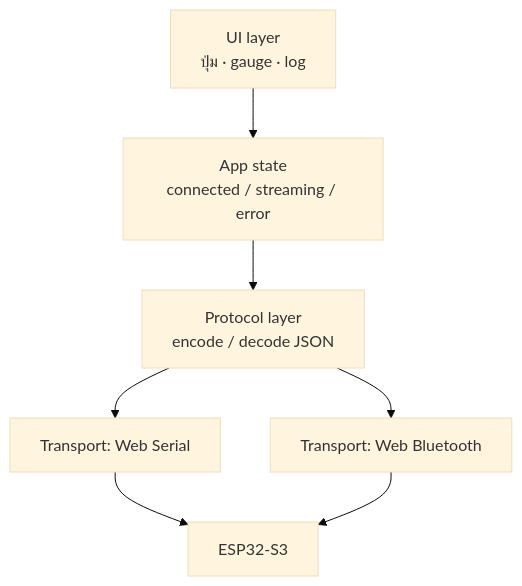
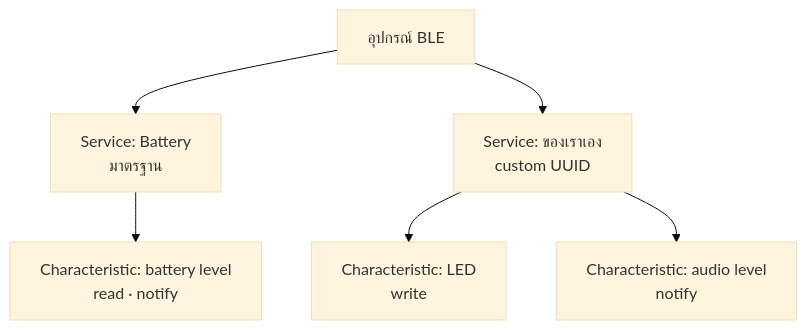
One commit to Taopoon/kmutt-nd69-learning-notes changed the third of 5 diagrams in nd2/02-dev-tools-ai-agents.md. Above: the diagram before and after it, drawn with Mermaid (base theme). The commit also changed other lines of this file, not shown here.

````diff
--- a/nd2/02-dev-tools-ai-agents.md
+++ b/nd2/02-dev-tools-ai-agents.md
@@ -39,8 +135,8 @@
 ```mermaid
 flowchart TB
-    UI[UI layer<br/>ปุ่ม · gauge · log] --> APP[App state<br/>connected / streaming / error]
-    APP --> PROTO[Protocol layer<br/>encode / decode JSON]
-    PROTO --> T1[Transport: Web Serial]
-    PROTO --> T2[Transport: Web Bluetooth]
-    T1 & T2 --> DEV[ESP32-S3]
+    D[อุปกรณ์ BLE] --> S1[Service: Battery<br/>มาตรฐาน]
+    D --> S2[Service: ของเราเอง<br/>custom UUID]
+    S1 --> C1[Characteristic: battery level<br/>read · notify]
+    S2 --> C2[Characteristic: LED<br/>write]
+    S2 --> C3[Characteristic: audio level<br/>notify]
 ```
````
